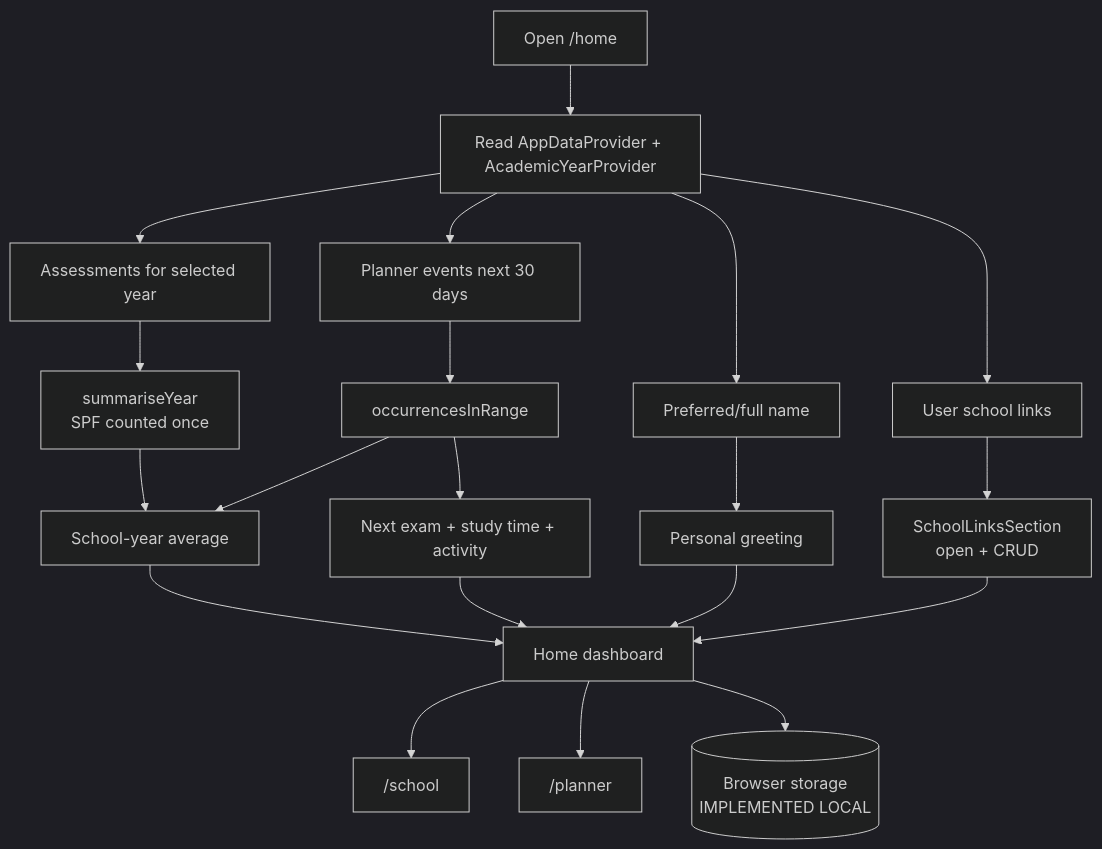
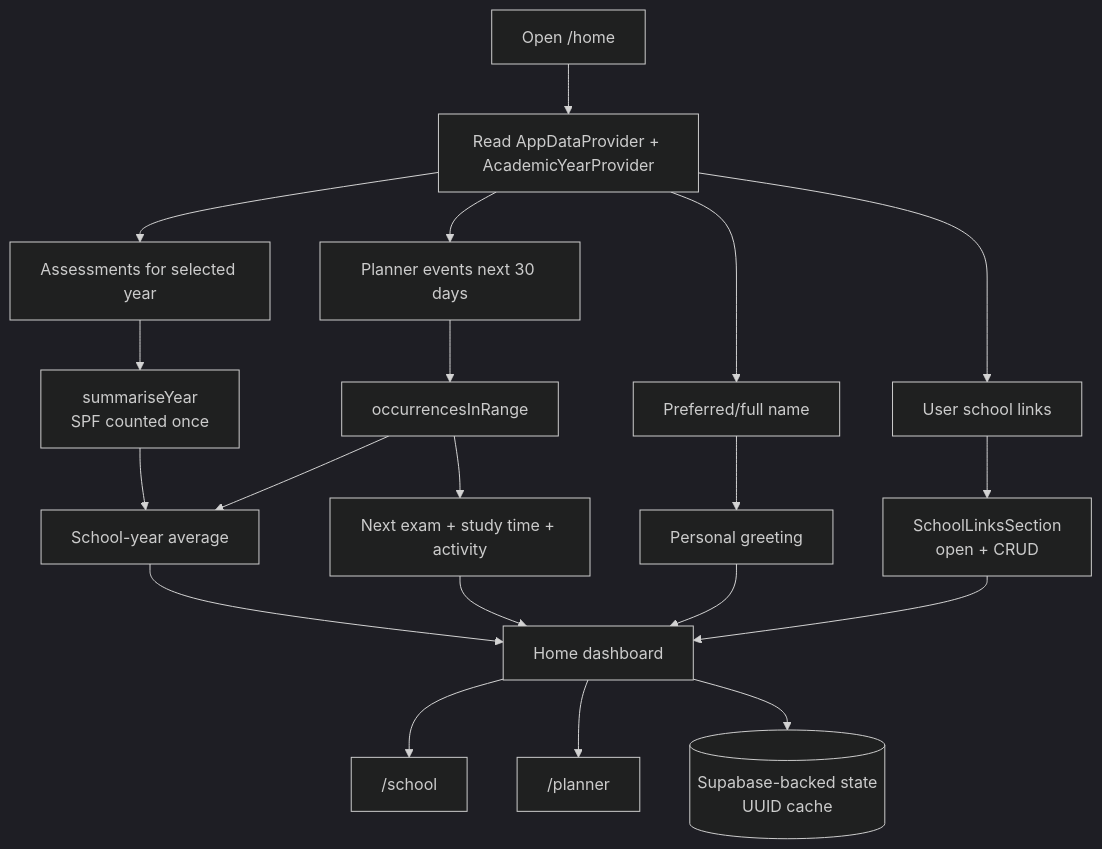
Before and after one commit to keyshavmor/study-swiss-star: the sixth of 15 diagrams in lovabledocs/FULL_APP_WIREFRAMES.md, drawn with Mermaid (dark theme). The commit also changed other lines of this file and 118 other files, not shown here.

````diff
--- a/lovabledocs/FULL_APP_WIREFRAMES.md
+++ b/lovabledocs/FULL_APP_WIREFRAMES.md
@@ -183,22 +184,22 @@
 ```mermaid
 flowchart TD
   Open[Open /home] --> Read[Read AppDataProvider + AcademicYearProvider]
   Read --> Profile[Preferred/full name]
   Read --> Grades[Assessments for selected year]
   Read --> Events[Planner events next 30 days]
   Read --> Links[User school links]
   Grades --> Year[summariseYear\nSPF counted once]
   Events --> Occ[occurrencesInRange]
   Year --> Cards[School-year average]
   Occ --> Cards
   Occ --> Next[Next exam + study time + activity]
   Profile --> Greeting[Personal greeting]
   Links --> LinkUI[SchoolLinksSection\nopen + CRUD]
   Cards --> UI[Home dashboard]
   Next --> UI
   Greeting --> UI
   LinkUI --> UI
   UI --> School["/school"]
   UI --> Planner["/planner"]
-  UI --> Local[(Browser storage\nIMPLEMENTED LOCAL)]
+  UI --> Local[(Supabase-backed state\nUUID cache)]
 ```
````
